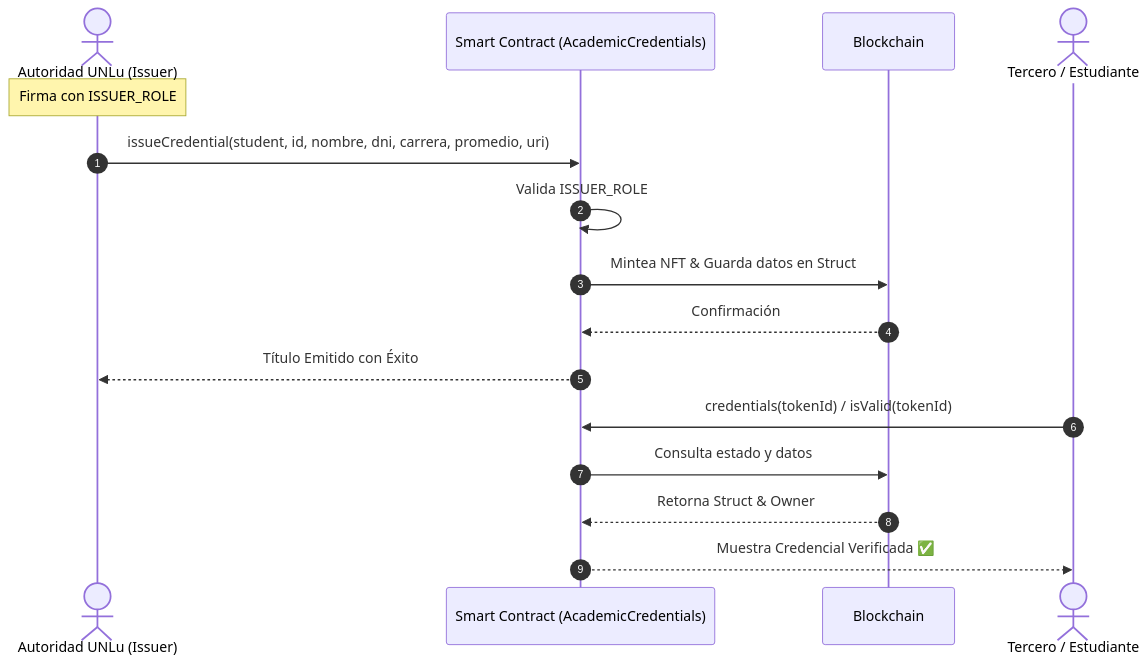
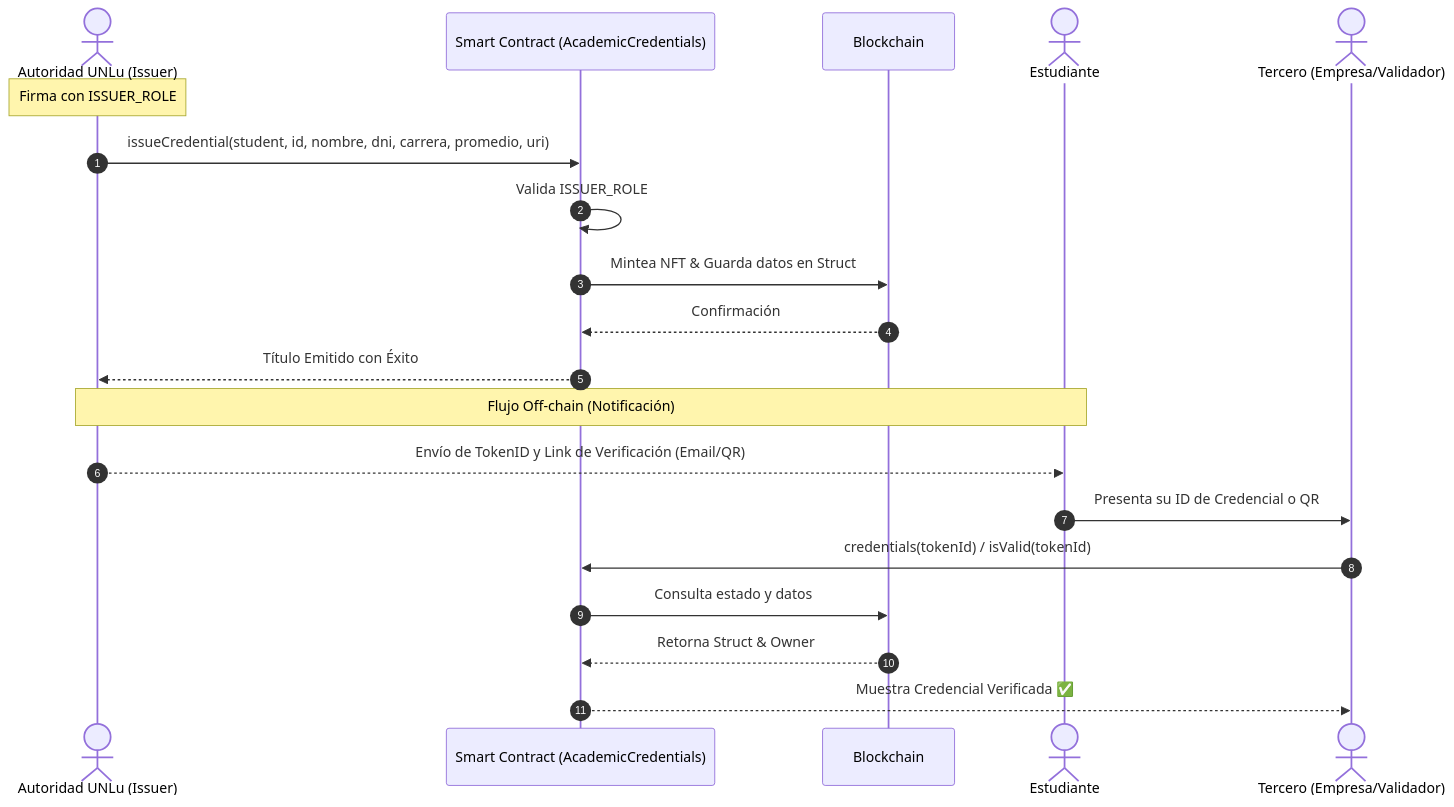
One commit to tomasdelvechio/tp-final-dapps-diplo-blockchain changed the diagram in unlu-cert-token/README.md. Above: the diagram before and after it, drawn with Mermaid. The commit also changed other lines of this file, not shown here.

Commit message:
Documentación y diagrama añadidos

````diff
--- a/unlu-cert-token/README.md
+++ b/unlu-cert-token/README.md
@@ -13,20 +15,25 @@
 ```mermaid
 sequenceDiagram
     autonumber
     actor Emisor as Autoridad UNLu (Issuer)
     participant SC as Smart Contract (AcademicCredentials)
     participant BC as Blockchain
-    actor Verificador as Tercero / Estudiante
+    actor Estudiante as Estudiante
+    actor Verificador as Tercero (Empresa/Validador)
 
     Note over Emisor: Firma con ISSUER_ROLE
     Emisor->>SC: issueCredential(student, id, nombre, dni, carrera, promedio, uri)
     SC->>SC: Valida ISSUER_ROLE
     SC->>BC: Mintea NFT & Guarda datos en Struct
     BC-->>SC: Confirmación
     SC-->>Emisor: Título Emitido con Éxito
+    
+    Note over Emisor, Estudiante: Flujo Off-chain (Notificación)
+    Emisor-->>Estudiante: Envío de TokenID y Link de Verificación (Email/QR)
 
+    Estudiante->>Verificador: Presenta su ID de Credencial o QR
     Verificador->>SC: credentials(tokenId) / isValid(tokenId)
     SC->>BC: Consulta estado y datos
     BC-->>SC: Retorna Struct & Owner
     SC-->>Verificador: Muestra Credencial Verificada ✅
 ```
````
